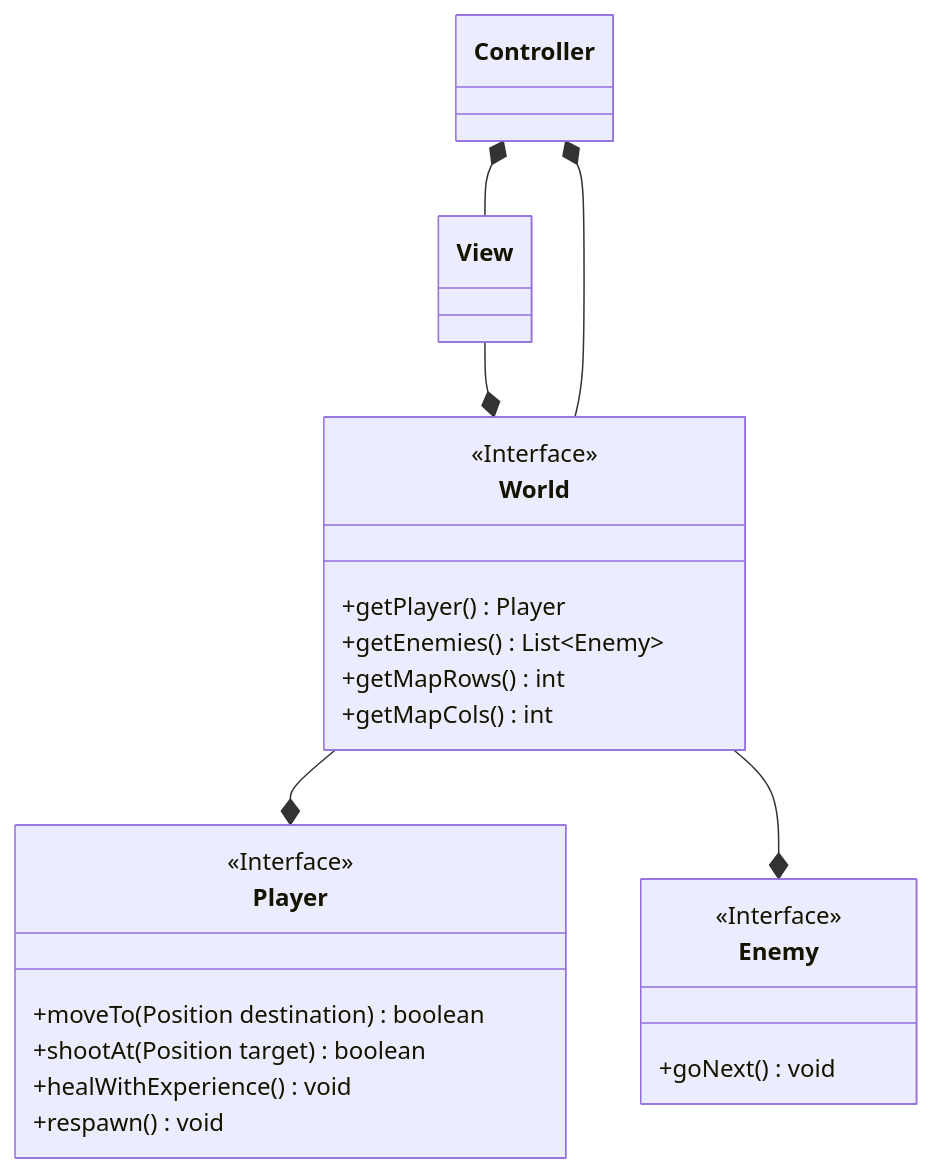
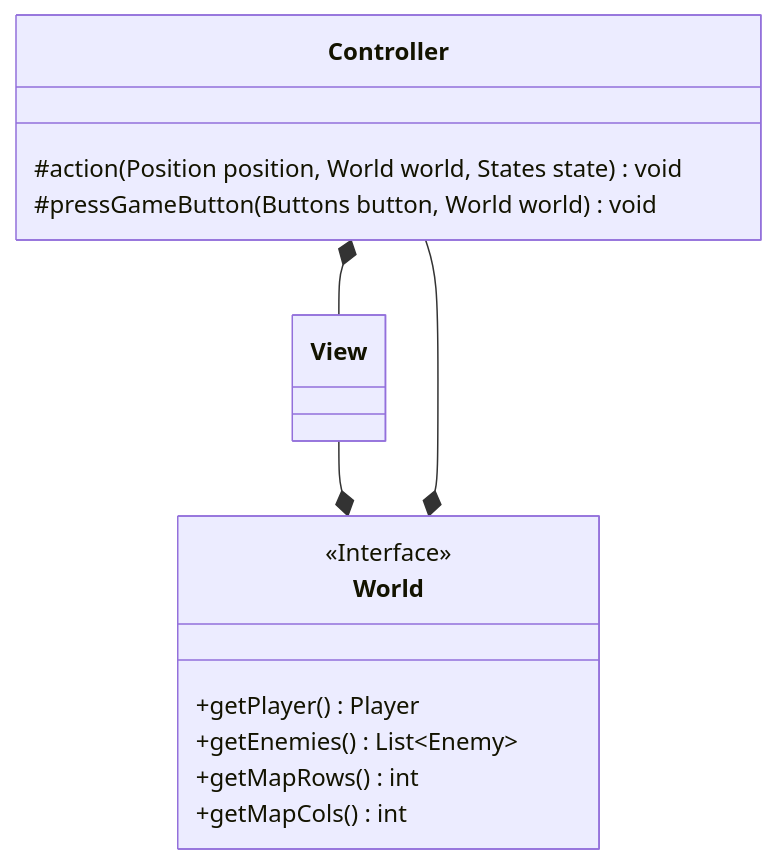
Before and after one commit to thunderingmarmot/OOP23-objectonepiece: the diagram in report/diagrams/Architecture.md, drawn with Mermaid.

````diff
--- a/report/diagrams/Architecture.md
+++ b/report/diagrams/Architecture.md
@@ -1,30 +1,19 @@
 ```mermaid
 classDiagram
-
-class Player
-<<Interface>> Player
-World --* Player
-Player : +moveTo(Position destination) boolean
-Player : +shootAt(Position target) boolean
-Player : +healWithExperience() void
-Player : +respawn() void
-
-class Enemy
-<<Interface>> Enemy
-World --* Enemy
-Enemy : +goNext() void
 
 class World
 <<Interface>> World
 View --* World
 World : +getPlayer() Player
 World : +getEnemies() List~Enemy~
 World : +getMapRows() int
 World : +getMapCols() int
 
 class View
 
 class Controller
-Controller *-- World
+Controller --* World
 Controller *-- View
+Controller : #action(Position position, World world, States state) void
+Controller : #pressGameButton(Buttons button, World world) void
 ```
````
